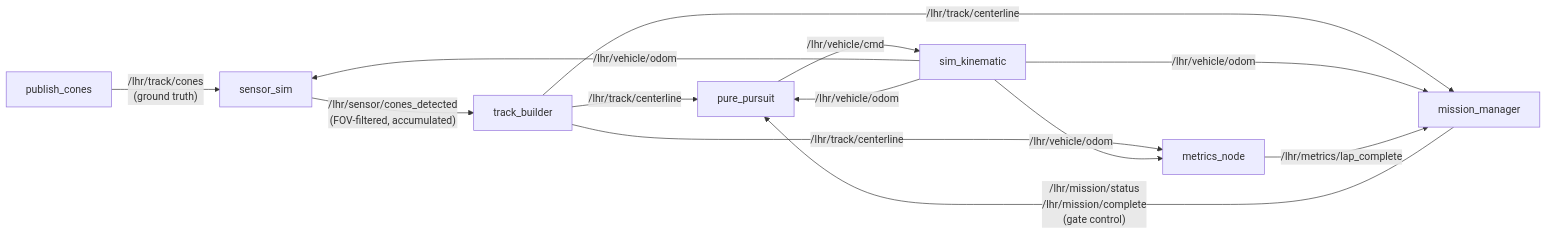
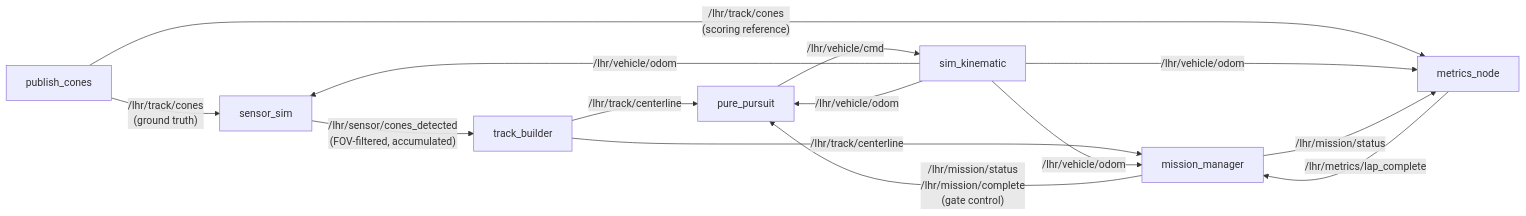
Before and after one commit to LonghornRacingElectric/lhre: the first of 8 diagrams in autonomy/ros2/README.md, drawn with Mermaid. The commit also changed other lines of this file and 29 other files, not shown here.

````diff
--- a/autonomy/ros2/README.md
+++ b/autonomy/ros2/README.md
@@ -31,15 +33,16 @@
 ```mermaid
 flowchart LR
     trackgen["publish_cones"] -- "/lhr/track/cones<br>(ground truth)" --> sensor["sensor_sim"]
     sensor -- "/lhr/sensor/cones_detected<br>(FOV-filtered, accumulated)" --> builder["track_builder"]
     builder -- "/lhr/track/centerline" --> pursuit["pure_pursuit"]
     builder -- "/lhr/track/centerline" --> mission["mission_manager"]
-    builder -- "/lhr/track/centerline" --> metrics["metrics_node"]
+    trackgen -- "/lhr/track/cones<br>(scoring reference)" --> metrics["metrics_node"]
     mission -- "/lhr/mission/status<br>/lhr/mission/complete<br>(gate control)" --> pursuit
     pursuit -- "/lhr/vehicle/cmd" --> sim["sim_kinematic"]
     sim -- "/lhr/vehicle/odom" --> sensor
     sim -- "/lhr/vehicle/odom" --> pursuit
     sim -- "/lhr/vehicle/odom" --> mission
     sim -- "/lhr/vehicle/odom" --> metrics
+    mission -- "/lhr/mission/status" --> metrics
     metrics -- "/lhr/metrics/lap_complete" --> mission
 ```
````
